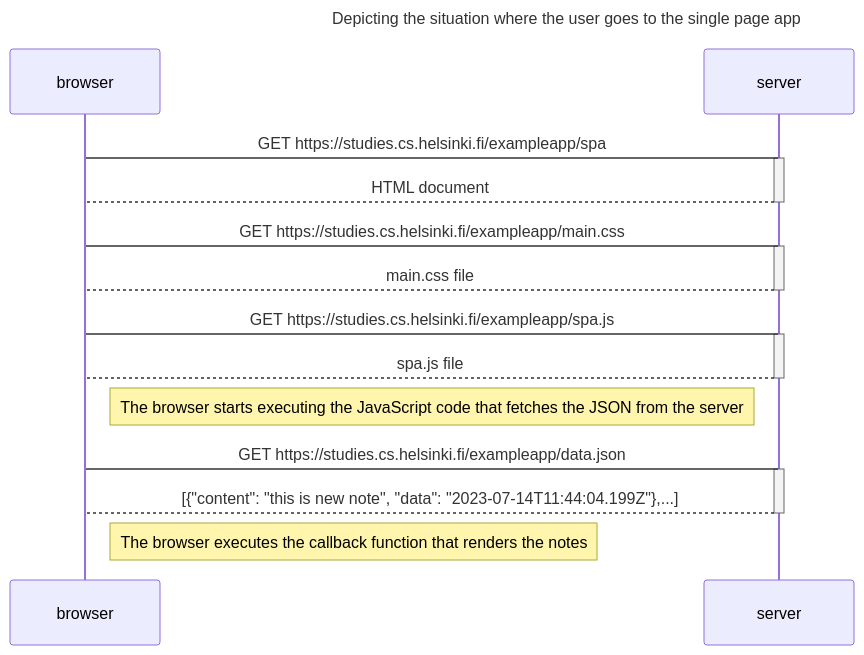
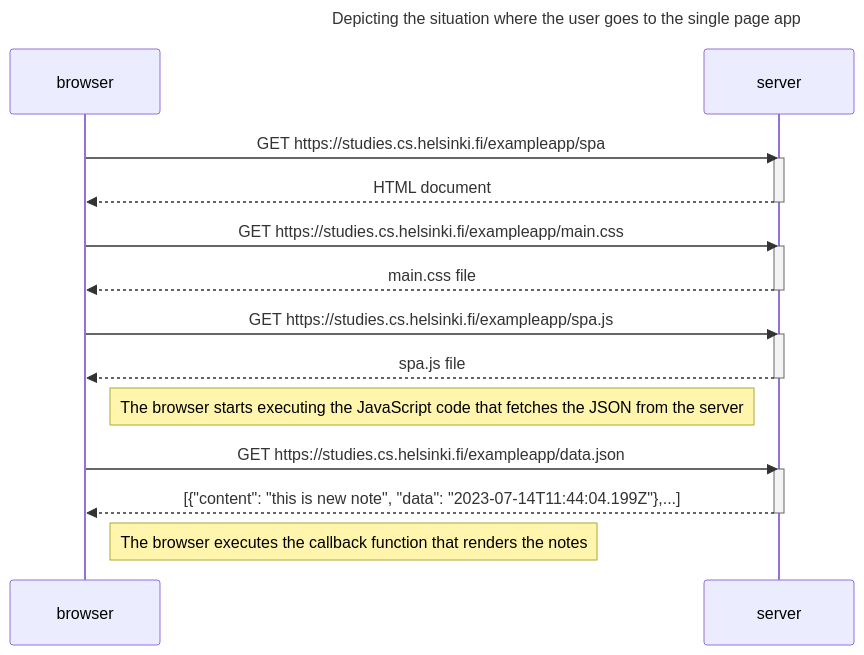
One commit to Nepsoul/part-0 changed the diagram in 0.5-singlePage-app-diagram.md. Above: the diagram before and after it, drawn with Mermaid. The commit also changed 1 other file, not shown here.

Commit message:
info: added direction

````diff
--- a/0.5-singlePage-app-diagram.md
+++ b/0.5-singlePage-app-diagram.md
@@ -1,34 +1,34 @@
 ```mermaid
     sequenceDiagram
     
     title Depicting the situation where the user goes to the single page app
     
     participant browser
     participant server
     
-    browser->server: GET https://studies.cs.helsinki.fi/exampleapp/spa
+    browser->>server: GET https://studies.cs.helsinki.fi/exampleapp/spa
     activate server
-    server-->browser: HTML document
+    server-->>browser: HTML document
     deactivate server
 
-    browser->server: GET https://studies.cs.helsinki.fi/exampleapp/main.css
+    browser->>server: GET https://studies.cs.helsinki.fi/exampleapp/main.css
     activate server
-    server-->browser: main.css file
+    server-->>browser: main.css file
     deactivate server
 
-    browser->server: GET https://studies.cs.helsinki.fi/exampleapp/spa.js
+    browser->>server: GET https://studies.cs.helsinki.fi/exampleapp/spa.js
     activate server
-    server-->browser: spa.js file
+    server-->>browser: spa.js file
     deactivate server
 
     Note right of browser: The browser starts executing the JavaScript code that fetches the JSON from the server
     
-    browser->server: GET https://studies.cs.helsinki.fi/exampleapp/data.json
+    browser->>server: GET https://studies.cs.helsinki.fi/exampleapp/data.json
     activate server
     
-    server-->browser:[{"content": "this is new note", "data": "2023-07-14T11:44:04.199Z"},...]
+    server-->>browser:[{"content": "this is new note", "data": "2023-07-14T11:44:04.199Z"},...]
     
     deactivate server
 
     Note right of browser: The browser executes the callback function that renders the notes
 ```
````
